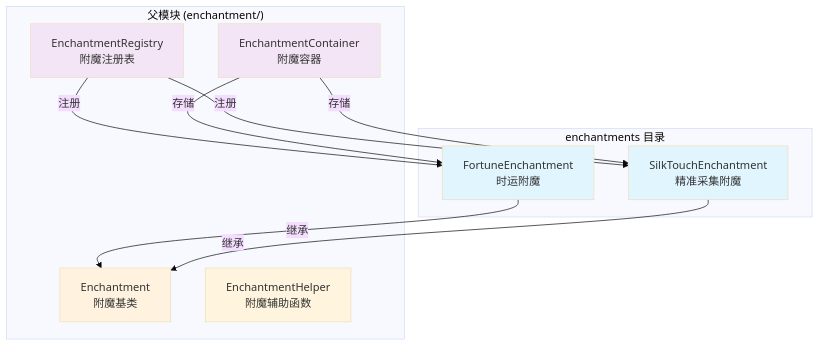
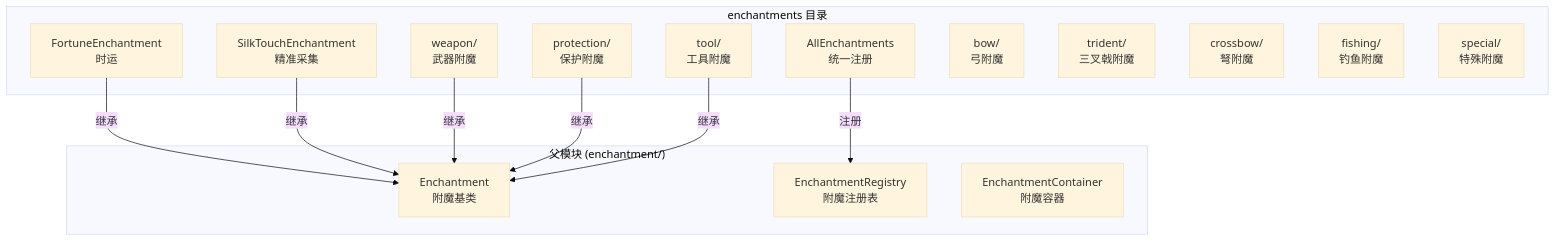
Before and after one commit to g122622/Cubium: the diagram in src/common/item/enchantment/enchantments/README.md, drawn with Mermaid (base theme). The commit also changed other lines of this file and 298 other files, not shown here.

````diff
--- a/src/common/item/enchantment/enchantments/README.md
+++ b/src/common/item/enchantment/enchantments/README.md
@@ -34,27 +66,29 @@
 ```mermaid
 graph TB
     subgraph "enchantments 目录"
-        A[FortuneEnchantment<br/>时运附魔]
-        B[SilkTouchEnchantment<br/>精准采集附魔]
+        A[FortuneEnchantment<br/>时运]
+        B[SilkTouchEnchantment<br/>精准采集]
+        C[AllEnchantments<br/>统一注册]
+        D[weapon/<br/>武器附魔]
+        E[protection/<br/>保护附魔]
+        F[tool/<br/>工具附魔]
+        G[bow/<br/>弓附魔]
+        H[trident/<br/>三叉戟附魔]
+        I[crossbow/<br/>弩附魔]
+        J[fishing/<br/>钓鱼附魔]
+        K[special/<br/>特殊附魔]
     end
 
     subgraph "父模块 (enchantment/)"
-        C[Enchantment<br/>附魔基类]
-        D[EnchantmentRegistry<br/>附魔注册表]
-        E[EnchantmentContainer<br/>附魔容器]
-        F[EnchantmentHelper<br/>附魔辅助函数]
+        L[Enchantment<br/>附魔基类]
+        M[EnchantmentRegistry<br/>附魔注册表]
+        N[EnchantmentContainer<br/>附魔容器]
     end
 
-    A -->|继承| C
-    B -->|继承| C
-    D -->|注册| A
-    D -->|注册| B
-    E -->|存储| A
-    E -->|存储| B
-
-    style A fill:#e1f5fe
-    style B fill:#e1f5fe
-    style C fill:#fff3e0
-    style D fill:#f3e5f5
-    style E fill:#f3e5f5
+    A -->|继承| L
+    B -->|继承| L
+    C -->|注册| M
+    D -->|继承| L
+    E -->|继承| L
+    F -->|继承| L
 ```
````
